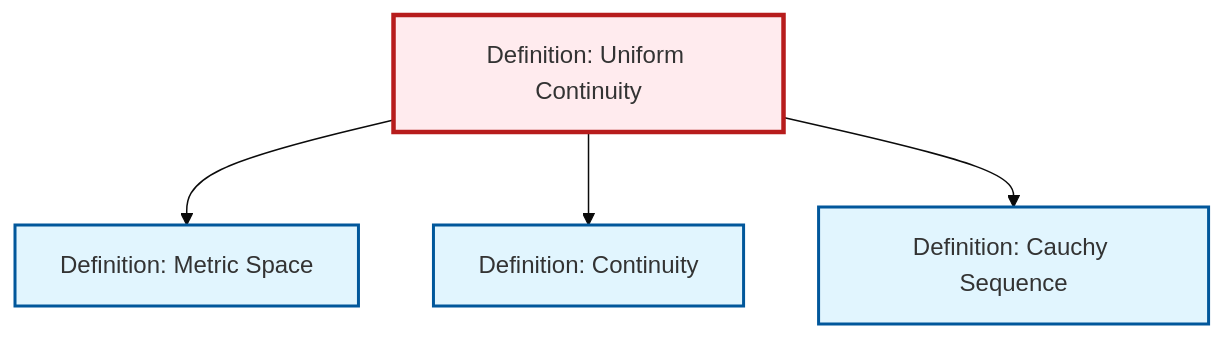
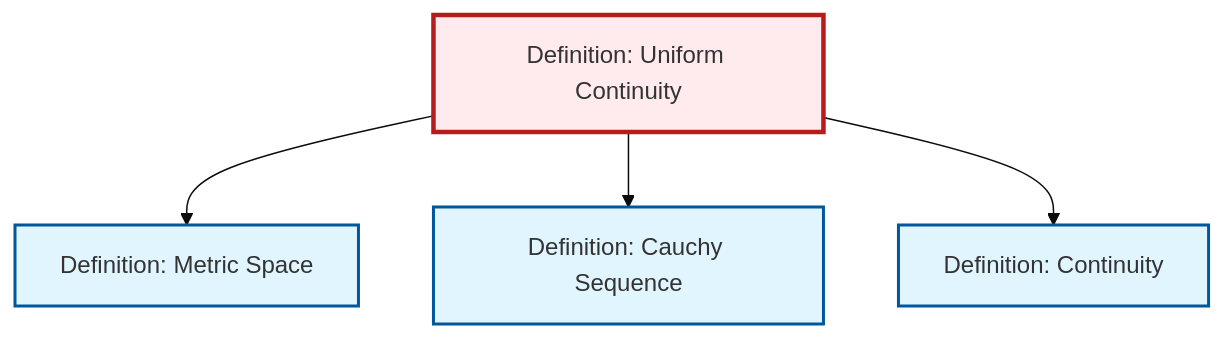
The diagram in content/ja/analysis/def-uniform-continuity.qmd (RK0429/ModernMath), drawn with Mermaid (base theme) before and after one commit. The commit also changed other lines of this file and 554 other files, not shown here.

````diff
--- a/content/ja/analysis/def-uniform-continuity.qmd
+++ b/content/ja/analysis/def-uniform-continuity.qmd
@@ -70,20 +70,20 @@
 ```{mermaid}
 %%| fig-cap: "Local dependency graph"
 graph TD
     classDef definition fill:#e1f5fe,stroke:#01579b,stroke-width:2px
     classDef theorem fill:#f3e5f5,stroke:#4a148c,stroke-width:2px
     classDef axiom fill:#fff3e0,stroke:#e65100,stroke-width:2px
     classDef example fill:#e8f5e9,stroke:#1b5e20,stroke-width:2px
     classDef current fill:#ffebee,stroke:#b71c1c,stroke-width:3px
+    def-cauchy-sequence["Definition: Cauchy Sequence"]:::definition
+    def-continuity["Definition: Continuity"]:::definition
+    def-metric-space["Definition: Metric Space"]:::definition
     def-uniform-continuity["Definition: Uniform Continuity"]:::definition
-    def-continuity["Definition: Continuity"]:::definition
-    def-cauchy-sequence["Definition: Cauchy Sequence"]:::definition
-    def-metric-space["Definition: Metric Space"]:::definition
     def-uniform-continuity --> def-metric-space
+    def-uniform-continuity --> def-cauchy-sequence
     def-uniform-continuity --> def-continuity
-    def-uniform-continuity --> def-cauchy-sequence
     class def-uniform-continuity current
+    click def-cauchy-sequence "def-cauchy-sequence.html" "Definition: Cauchy Sequenceへ"
     click def-continuity "def-continuity.html" "Definition: Continuityへ"
-    click def-cauchy-sequence "def-cauchy-sequence.html" "Definition: Cauchy Sequenceへ"
     click def-metric-space "def-metric-space.html" "Definition: Metric Spaceへ"
 ```
````
